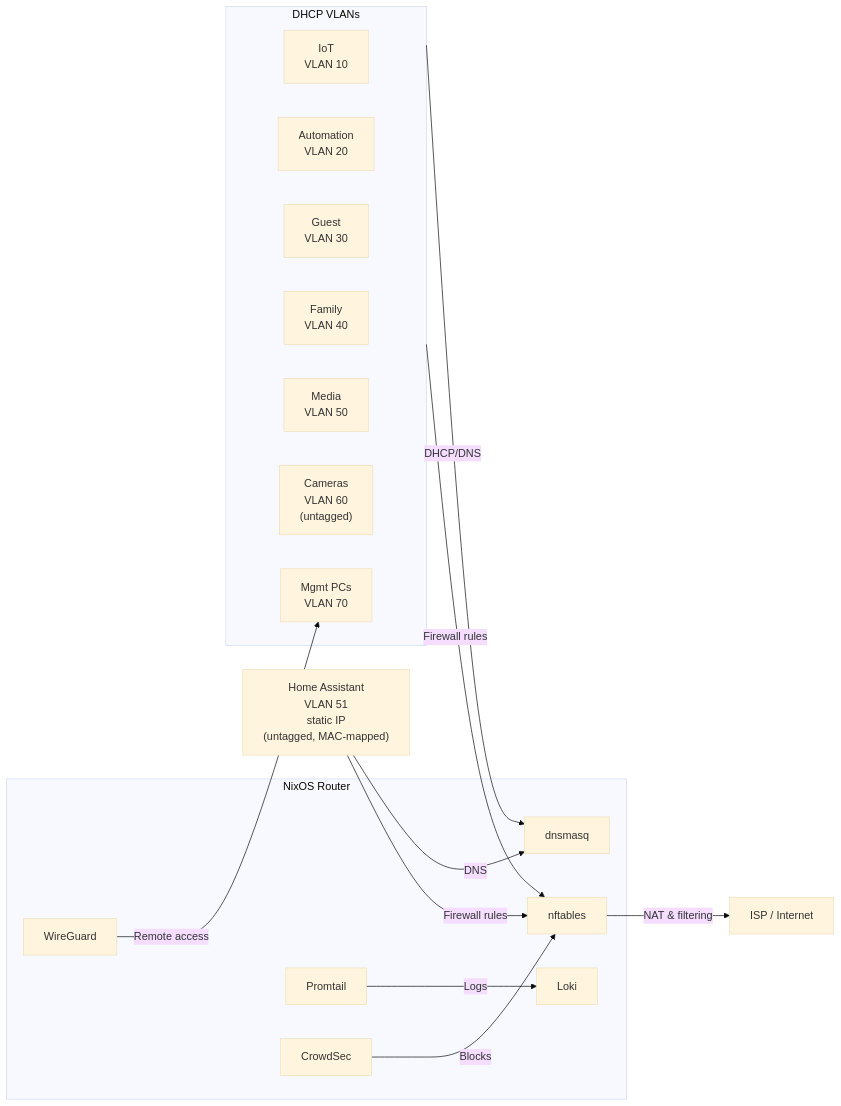
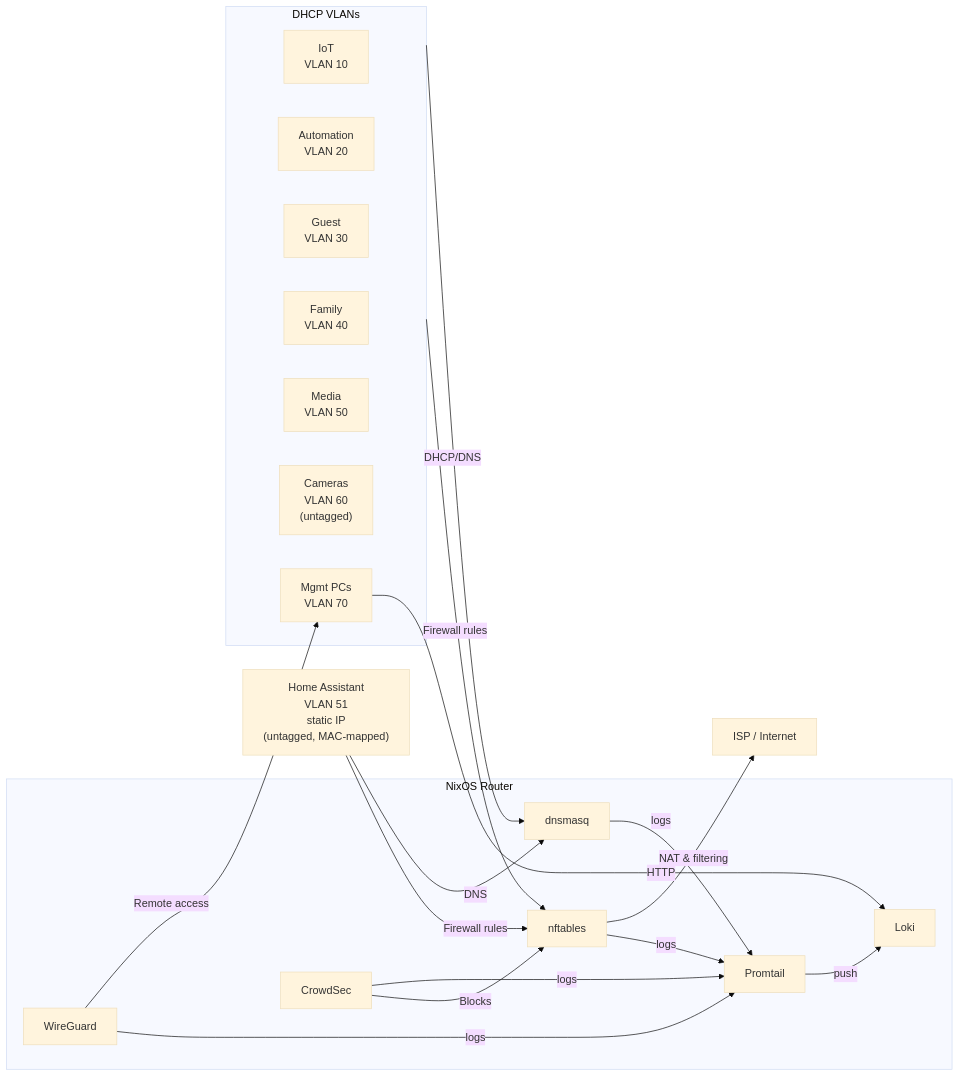
The first of 8 diagrams in SOFTWARE.md (GEMISIS/home-network-setup), drawn with Mermaid (base theme) before and after one commit. The commit also changed other lines of this file and 2 other files, not shown here.

Commit message:
Clarify logging paths and apply HTML breaks

````diff
--- a/SOFTWARE.md
+++ b/SOFTWARE.md
@@ -19,36 +19,41 @@
 ```mermaid
 flowchart LR
     %% Router services
     subgraph Router["NixOS Router"]
         NF["nftables"]
         DM["dnsmasq"]
         WG["WireGuard"]
         PR["Promtail"]
         CS["CrowdSec"]
         LK["Loki"]
     end
 
     %% Networks
     subgraph DHCPVLANs["DHCP VLANs"]
-        IoT["IoT\nVLAN 10"]
-        Auto["Automation\nVLAN 20"]
-        Guest["Guest\nVLAN 30"]
-        Family["Family\nVLAN 40"]
-        Media["Media\nVLAN 50"]
-        Cameras["Cameras\nVLAN 60\n(untagged)"]
-        Mgmt["Mgmt PCs\nVLAN 70"]
+        IoT["IoT</br>VLAN 10"]
+        Auto["Automation</br>VLAN 20"]
+        Guest["Guest</br>VLAN 30"]
+        Family["Family</br>VLAN 40"]
+        Media["Media</br>VLAN 50"]
+        Cameras["Cameras</br>VLAN 60</br>(untagged)"]
+        Mgmt["Mgmt PCs</br>VLAN 70"]
     end
-    HA["Home Assistant\nVLAN 51\nstatic IP\n(untagged, MAC-mapped)"]
+    HA["Home Assistant</br>VLAN 51</br>static IP</br>(untagged, MAC-mapped)"]
 
     ISP["ISP / Internet"]
 
     %% Service links
     DHCPVLANs -->|"DHCP/DNS"| DM
     HA -->|"DNS"| DM
     DHCPVLANs -->|"Firewall rules"| NF
     HA -->|"Firewall rules"| NF
     NF -->|"NAT & filtering"| ISP
     WG -->|"Remote access"| Mgmt
-    PR -->|"Logs"| LK
+    NF -->|"logs"| PR
+    DM -->|"logs"| PR
+    WG -->|"logs"| PR
+    CS -->|"logs"| PR
+    PR -->|"push"| LK
+    Mgmt -->|"HTTP"| LK
     CS -->|"Blocks"| NF
 ```
````
